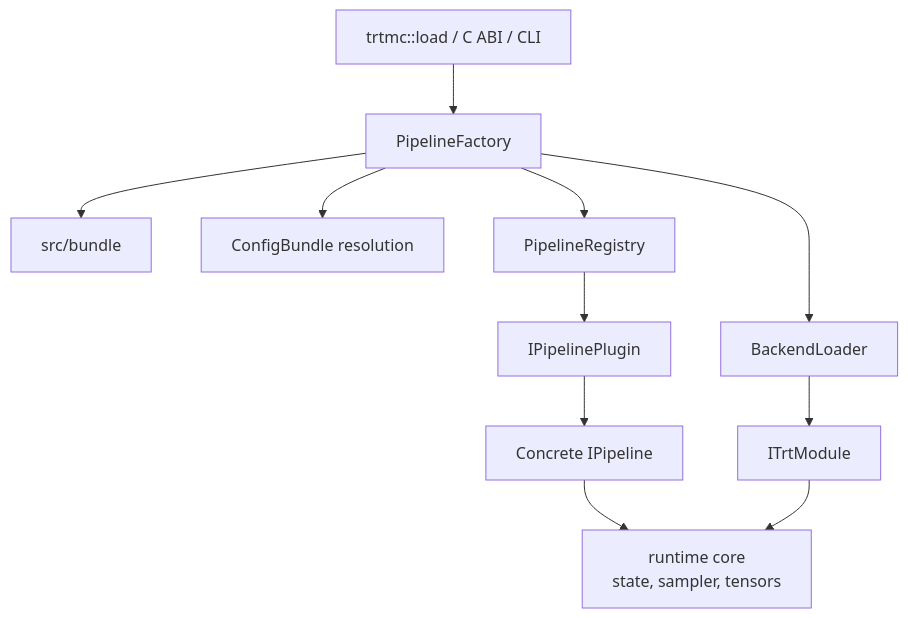
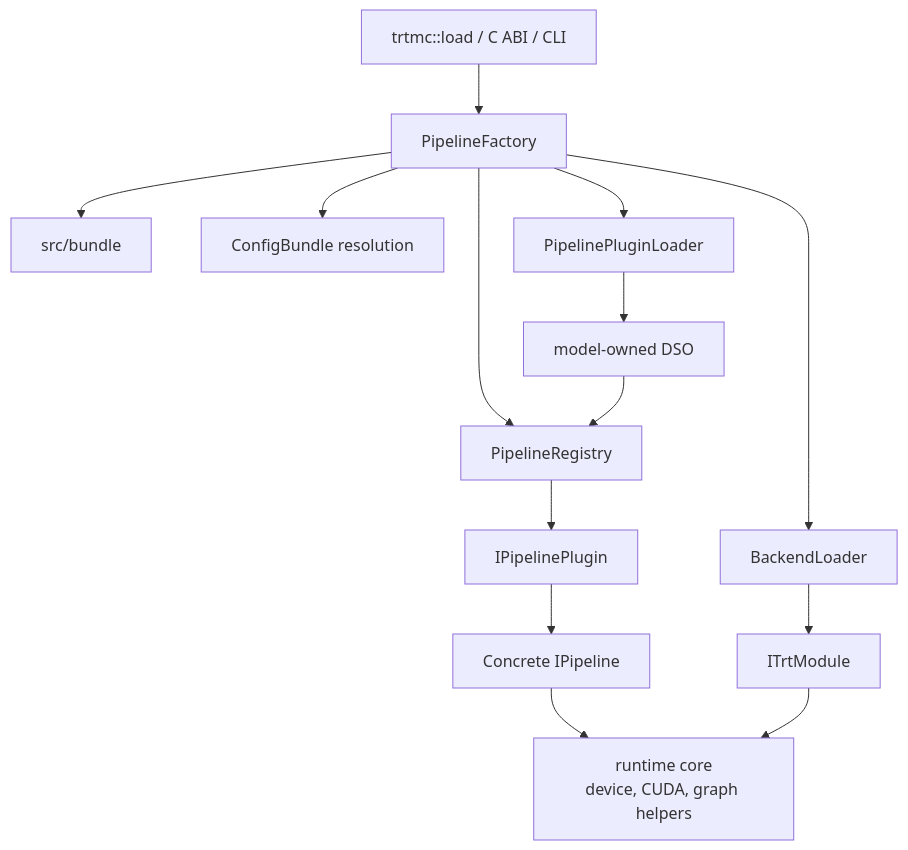
The first of 2 diagrams in website/docs/unit-design/cpp-runtime.md (NVIDIA/TensorRT-Model-Connect), drawn with Mermaid before and after one commit. The commit also changed other lines of this file and 104 other files, not shown here.

First line of the commit message:
docs: align documentation with current architecture

````diff
--- a/website/docs/unit-design/cpp-runtime.md
+++ b/website/docs/unit-design/cpp-runtime.md
@@ -7,13 +7,16 @@
 ```mermaid
 flowchart TD
   Public["trtmc::load / C ABI / CLI"] --> Factory["PipelineFactory"]
   Factory --> Bundle["src/bundle"]
   Factory --> Config["ConfigBundle resolution"]
   Factory --> Backend["BackendLoader"]
+  Factory --> Loader["PipelinePluginLoader"]
+  Loader --> DSO["model-owned DSO"]
   Factory --> Registry["PipelineRegistry"]
+  DSO --> Registry
   Registry --> Plugin["IPipelinePlugin"]
   Backend --> Module["ITrtModule"]
   Plugin --> Pipeline["Concrete IPipeline"]
-  Pipeline --> Core["runtime core<br/>state, sampler, tensors"]
+  Pipeline --> Core["runtime core<br/>device, CUDA, graph helpers"]
   Module --> Core
 ```
````
